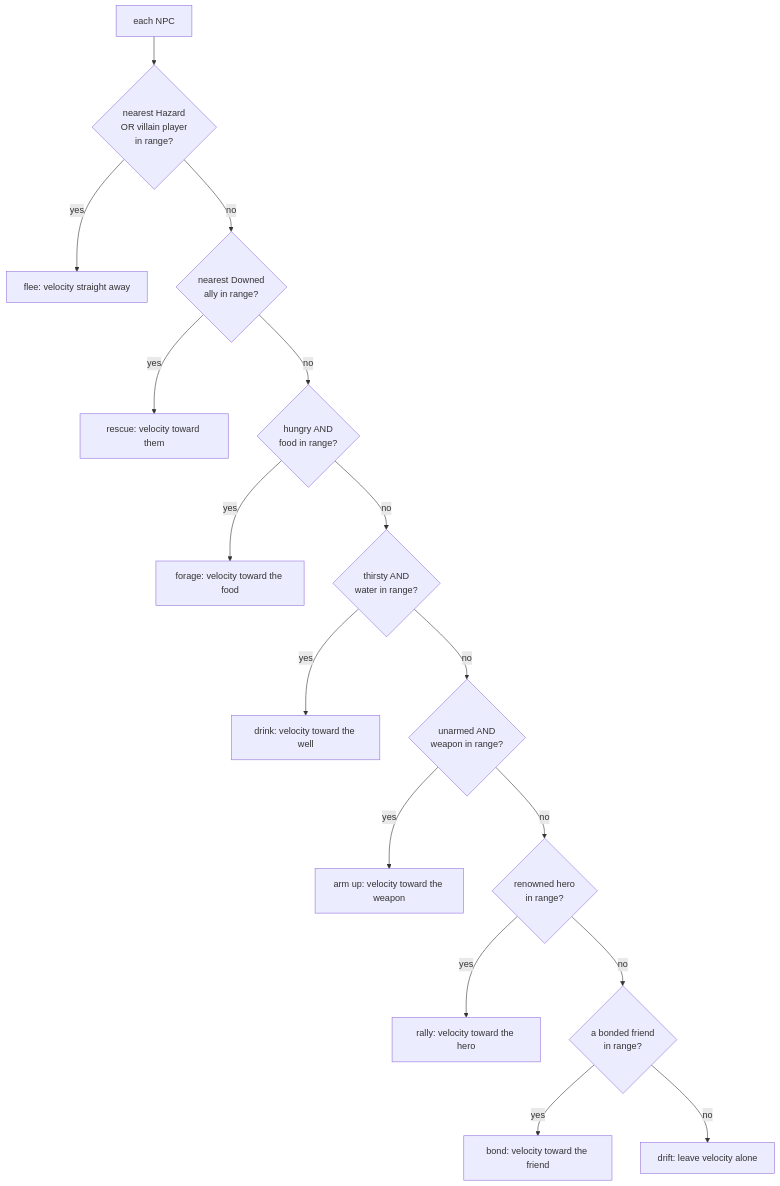
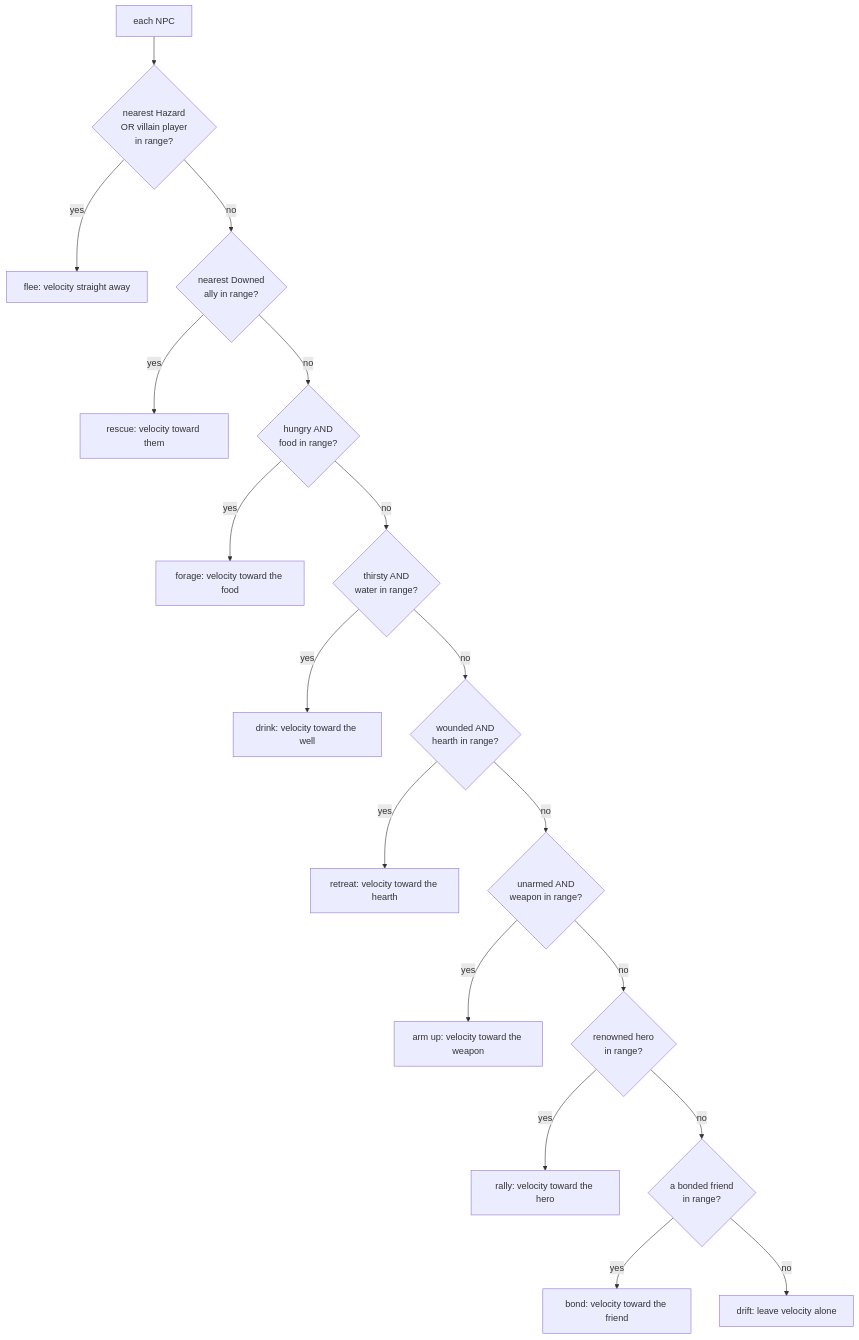
Before and after one commit to IsItJeff/game-engine: the diagram in docs/engine/npc-behaviour.md, drawn with Mermaid. The commit also changed other lines of this file and 2 other files, not shown here.

````diff
--- a/docs/engine/npc-behaviour.md
+++ b/docs/engine/npc-behaviour.md
@@ -40,18 +40,20 @@
 ```mermaid
 flowchart TD
   npc[each NPC] --> haz{nearest Hazard<br/>OR villain player<br/>in range?}
   haz -->|yes| flee[flee: velocity straight away]
   haz -->|no| dwn{nearest Downed<br/>ally in range?}
   dwn -->|yes| rescue[rescue: velocity toward them]
   dwn -->|no| hun{hungry AND<br/>food in range?}
   hun -->|yes| forage[forage: velocity toward the food]
   hun -->|no| thi{thirsty AND<br/>water in range?}
   thi -->|yes| drink[drink: velocity toward the well]
-  thi -->|no| arm{unarmed AND<br/>weapon in range?}
+  thi -->|no| wnd{wounded AND<br/>hearth in range?}
+  wnd -->|yes| mend[retreat: velocity toward the hearth]
+  wnd -->|no| arm{unarmed AND<br/>weapon in range?}
   arm -->|yes| seek[arm up: velocity toward the weapon]
   arm -->|no| rally{renowned hero<br/>in range?}
   rally -->|yes| gather[rally: velocity toward the hero]
   rally -->|no| bond{a bonded friend<br/>in range?}
   bond -->|yes| gathb[bond: velocity toward the friend]
   bond -->|no| drift[drift: leave velocity alone]
 ```
````
